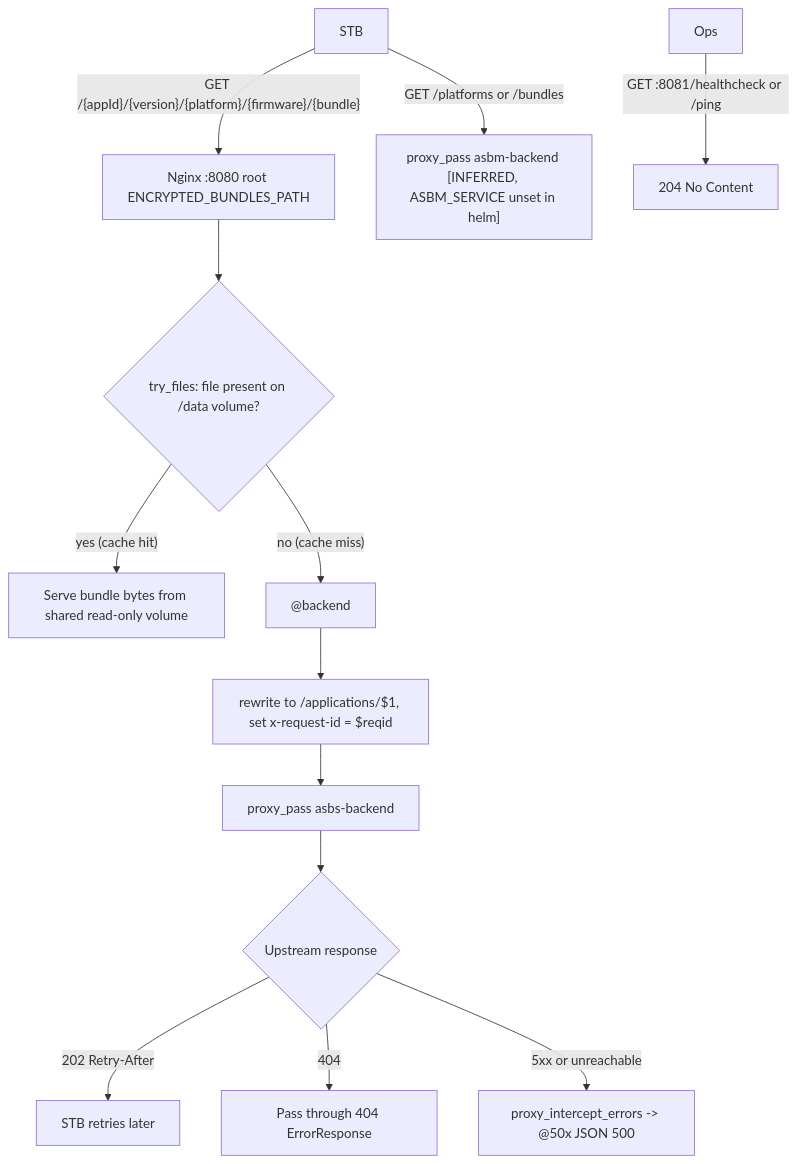
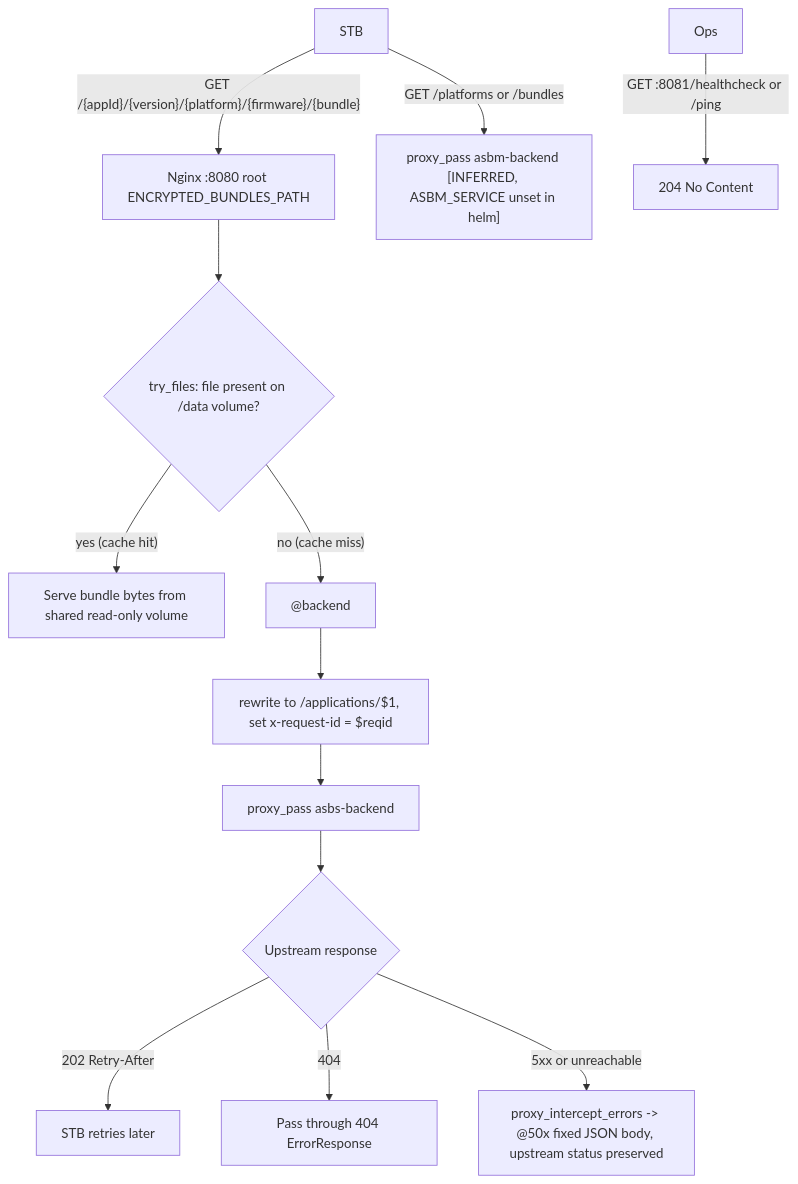
One commit to SachetCognition/LGE_appstore-metadata-service changed the ninth of 9 diagrams in dossier/03-processes-L1-L4.md. Above: the diagram before and after it, drawn with Mermaid. The commit also changed 4 other files, not shown here.

Commit message:
docs: correct 5xx handling claim — nginx replaces body but preserves upstream status (runtime-verified)

````diff
--- a/dossier/03-processes-L1-L4.md
+++ b/dossier/03-processes-L1-L4.md
@@ -265,15 +265,15 @@
 ```mermaid
 flowchart TB
   A["STB"] -->|"GET /{appId}/{version}/{platform}/{firmware}/{bundle}"| B["Nginx :8080 root ENCRYPTED_BUNDLES_PATH"]
   B --> C{"try_files: file present on /data volume?"}
   C -->|"yes (cache hit)"| D["Serve bundle bytes from shared read-only volume"]
   C -->|"no (cache miss)"| E["@backend"]
   E --> F["rewrite to /applications/$1, set x-request-id = $reqid"]
   F --> G["proxy_pass asbs-backend"]
   G --> H{"Upstream response"}
   H -->|"202 Retry-After"| I["STB retries later"]
   H -->|"404"| J["Pass through 404 ErrorResponse"]
-  H -->|"5xx or unreachable"| K["proxy_intercept_errors -> @50x JSON 500"]
+  H -->|"5xx or unreachable"| K["proxy_intercept_errors -> @50x fixed JSON body, upstream status preserved"]
   A -->|"GET /platforms or /bundles"| L["proxy_pass asbm-backend [INFERRED, ASBM_SERVICE unset in helm]"]
   M["Ops"] -->|"GET :8081/healthcheck or /ping"| N["204 No Content"]
 ```
````
